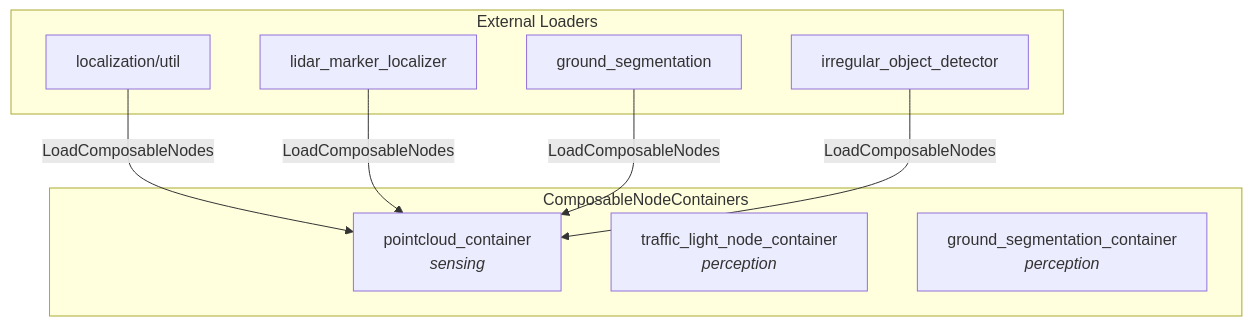
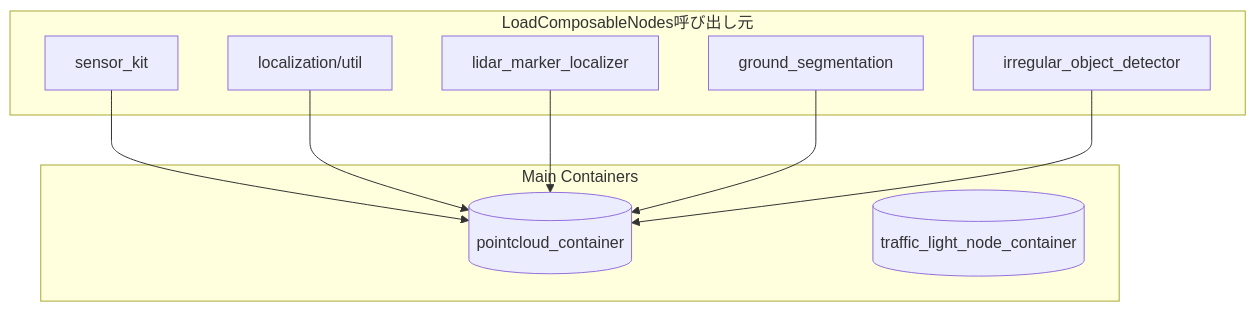
One commit to youtalk/autoware_universe changed the eighth of 20 diagrams in docs/launch-architecture.md. Above: the diagram before and after it, drawn with Mermaid. The commit also changed other lines of this file, not shown here.

````diff
--- a/docs/launch-architecture.md
+++ b/docs/launch-architecture.md
@@ -219,20 +225,21 @@
 ```mermaid
 graph TB
-    subgraph Containers["ComposableNodeContainers"]
-        PC[pointcloud_container<br/><i>sensing</i>]
-        TL[traffic_light_node_container<br/><i>perception</i>]
-        GS[ground_segmentation_container<br/><i>perception</i>]
+    subgraph containers["Main Containers"]
+        PC[("pointcloud_container")]
+        TL[("traffic_light_node_container")]
     end
 
-    subgraph External["External Loaders"]
-        LOC_UTIL[localization/util]
-        LOC_MARKER[lidar_marker_localizer]
-        PERC_GS[ground_segmentation]
-        PERC_IRR[irregular_object_detector]
+    subgraph loaders["LoadComposableNodes呼び出し元"]
+        L1[sensor_kit]
+        L2[localization/util]
+        L3[lidar_marker_localizer]
+        L4[ground_segmentation]
+        L5[irregular_object_detector]
     end
 
-    LOC_UTIL -->|LoadComposableNodes| PC
-    LOC_MARKER -->|LoadComposableNodes| PC
-    PERC_GS -->|LoadComposableNodes| PC
-    PERC_IRR -->|LoadComposableNodes| PC
+    L1 --> PC
+    L2 --> PC
+    L3 --> PC
+    L4 --> PC
+    L5 --> PC
 ```
````
